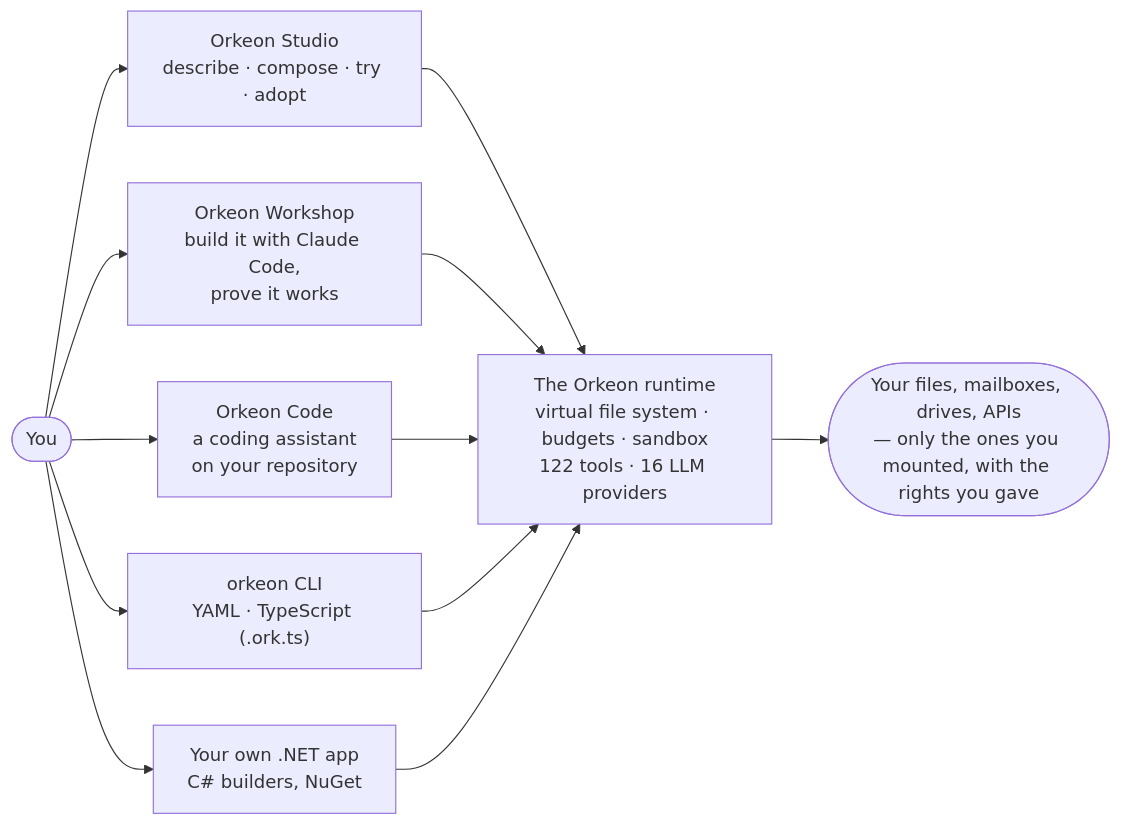
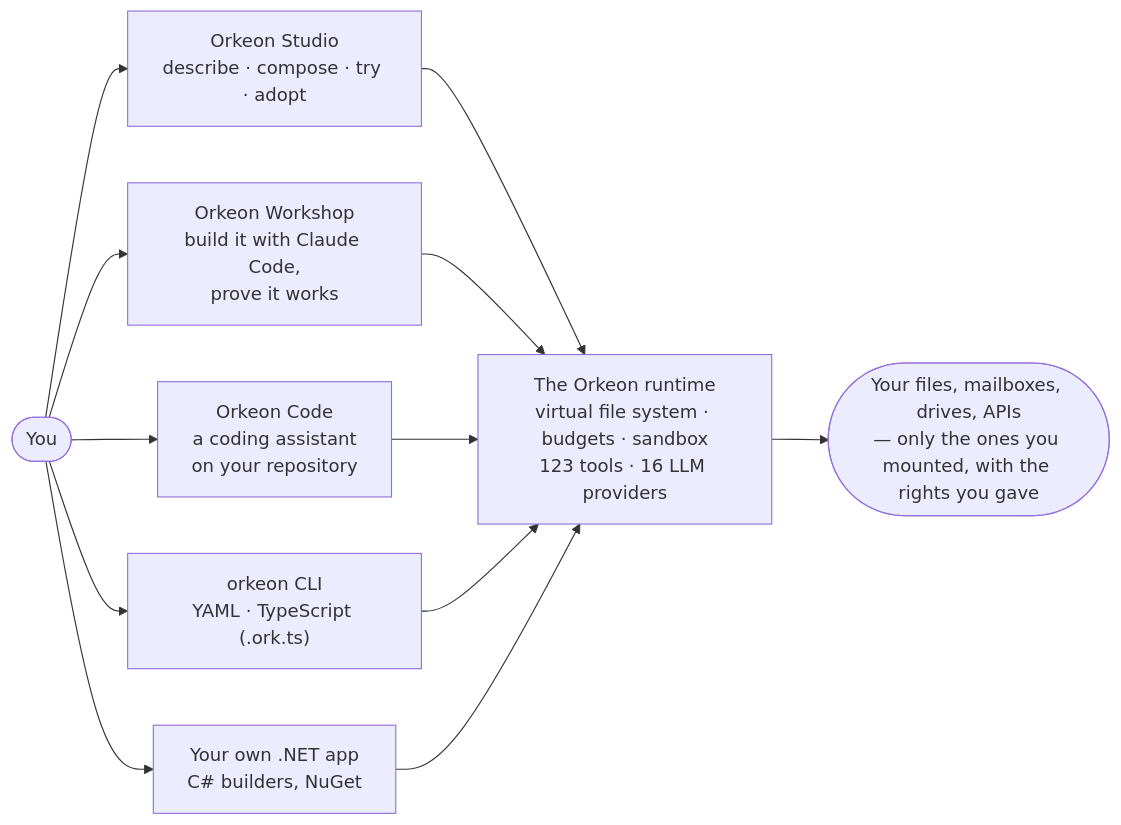
The diagram in README.md (Orkeon/orkeon), drawn with Mermaid before and after one commit. The commit also changed other lines of this file and 41 other files, not shown here.

````diff
--- a/README.md
+++ b/README.md
@@ -30,10 +30,10 @@
 ```mermaid
 flowchart LR
     you(["You"]) --> studio["Orkeon Studio<br/>describe · compose · try · adopt"]
     you --> workshop["Orkeon Workshop<br/>build it with Claude Code,<br/>prove it works"]
     you --> code["Orkeon Code<br/>a coding assistant<br/>on your repository"]
     you --> cli["orkeon CLI<br/>YAML · TypeScript (.ork.ts)"]
     you --> app["Your own .NET app<br/>C# builders, NuGet"]
-    studio & workshop & code & cli & app --> runtime["The Orkeon runtime<br/>virtual file system · budgets · sandbox<br/>122 tools · 16 LLM providers"]
+    studio & workshop & code & cli & app --> runtime["The Orkeon runtime<br/>virtual file system · budgets · sandbox<br/>123 tools · 16 LLM providers"]
     runtime --> world(["Your files, mailboxes, drives, APIs<br/>— only the ones you mounted, with the rights you gave"])
 ```
````
